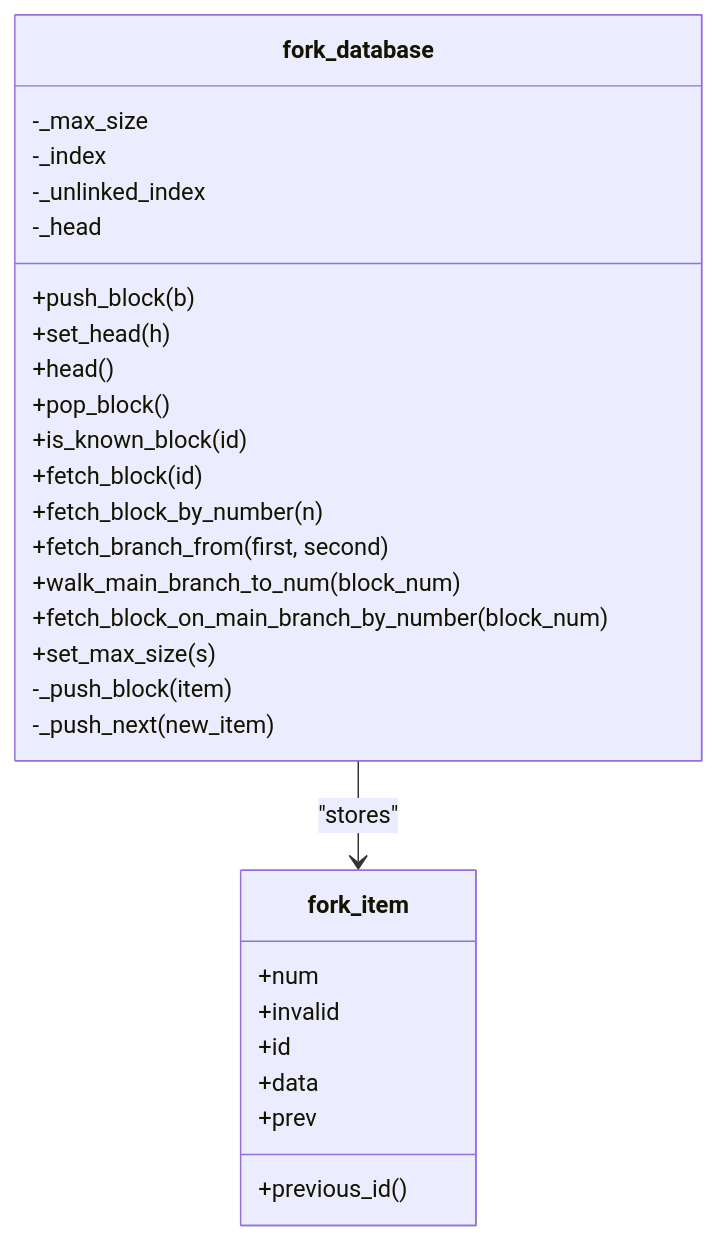
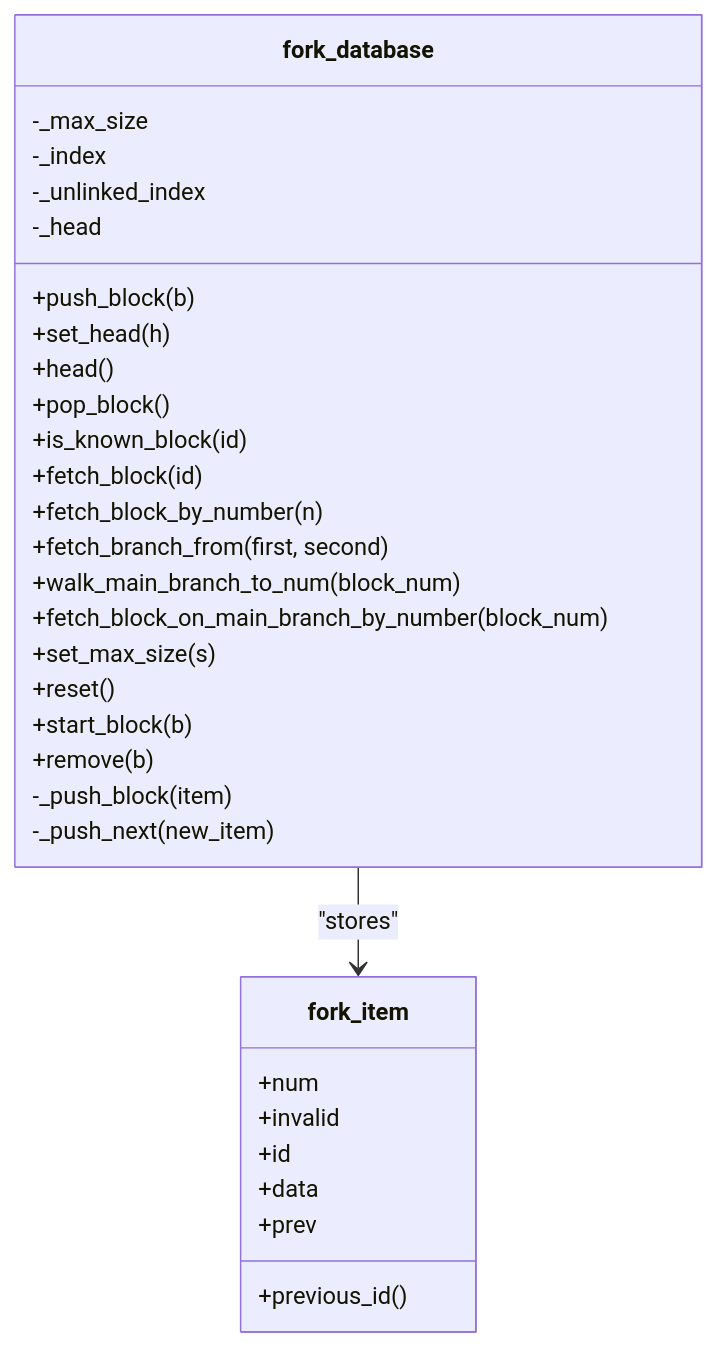
The third of 9 diagrams in .qoder/repowiki/en/content/Architecture Overview/Core Libraries/Chain Library/Fork Resolution and Consensus.md (VIZ-Blockchain/viz-cpp-node), drawn with Mermaid before and after one commit. The commit also changed other lines of this file and 4 other files, not shown here.

````diff
--- a/.qoder/repowiki/en/content/Architecture Overview/Core Libraries/Chain Library/Fork Resolution and Consensus.md
+++ b/.qoder/repowiki/en/content/Architecture Overview/Core Libraries/Chain Library/Fork Resolution and Consensus.md
@@ -123,31 +141,34 @@
 ```mermaid
 classDiagram
 class fork_database {
 +push_block(b)
 +set_head(h)
 +head()
 +pop_block()
 +is_known_block(id)
 +fetch_block(id)
 +fetch_block_by_number(n)
 +fetch_branch_from(first, second)
 +walk_main_branch_to_num(block_num)
 +fetch_block_on_main_branch_by_number(block_num)
 +set_max_size(s)
++reset()
++start_block(b)
++remove(b)
 -_push_block(item)
 -_push_next(new_item)
 -_max_size
 -_index
 -_unlinked_index
 -_head
 }
 class fork_item {
 +num
 +invalid
 +id
 +data
 +prev
 +previous_id()
 }
 fork_database --> fork_item : "stores"
 ```
````
